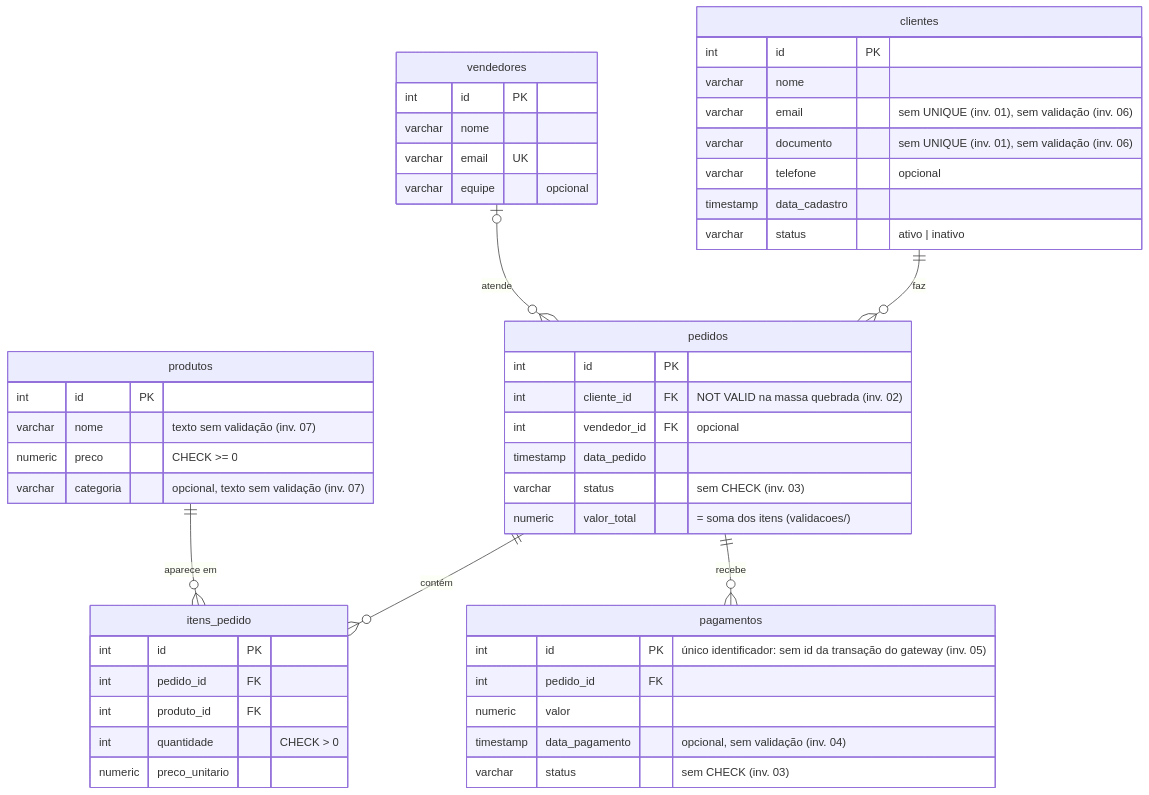
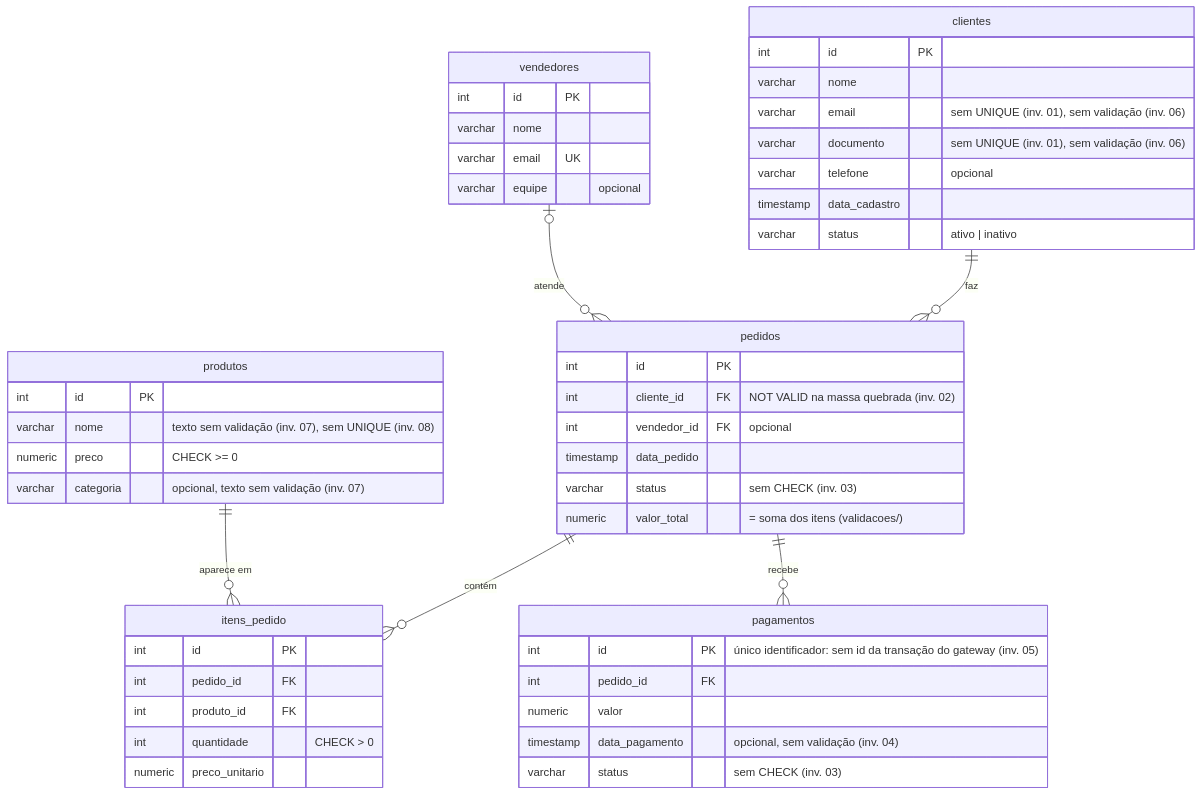
The diagram in README.md (ThomasTDS/sql-defect-investigation), drawn with Mermaid before and after one commit. The commit also changed other lines of this file and 11 other files, not shown here.

````diff
--- a/README.md
+++ b/README.md
@@ -25,57 +25,57 @@
 ```mermaid
 erDiagram
     clientes ||--o{ pedidos : "faz"
     vendedores |o--o{ pedidos : "atende"
     pedidos ||--o{ itens_pedido : "contém"
     produtos ||--o{ itens_pedido : "aparece em"
     pedidos ||--o{ pagamentos : "recebe"
 
     clientes {
         int id PK
         varchar nome
         varchar email "sem UNIQUE (inv. 01), sem validação (inv. 06)"
         varchar documento "sem UNIQUE (inv. 01), sem validação (inv. 06)"
         varchar telefone "opcional"
         timestamp data_cadastro
         varchar status "ativo | inativo"
     }
 
     vendedores {
         int id PK
         varchar nome
         varchar email UK
         varchar equipe "opcional"
     }
 
     produtos {
         int id PK
-        varchar nome "texto sem validação (inv. 07)"
+        varchar nome "texto sem validação (inv. 07), sem UNIQUE (inv. 08)"
         numeric preco "CHECK >= 0"
         varchar categoria "opcional, texto sem validação (inv. 07)"
     }
 
     pedidos {
         int id PK
         int cliente_id FK "NOT VALID na massa quebrada (inv. 02)"
         int vendedor_id FK "opcional"
         timestamp data_pedido
         varchar status "sem CHECK (inv. 03)"
         numeric valor_total "= soma dos itens (validacoes/)"
     }
 
     itens_pedido {
         int id PK
         int pedido_id FK
         int produto_id FK
         int quantidade "CHECK > 0"
         numeric preco_unitario
     }
 
     pagamentos {
         int id PK "único identificador: sem id da transação do gateway (inv. 05)"
         int pedido_id FK
         numeric valor
         timestamp data_pagamento "opcional, sem validação (inv. 04)"
         varchar status "sem CHECK (inv. 03)"
     }
 ```
````
